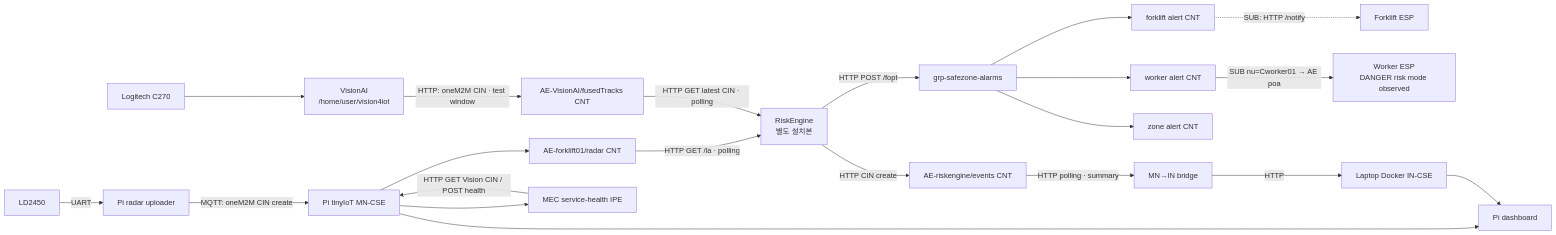
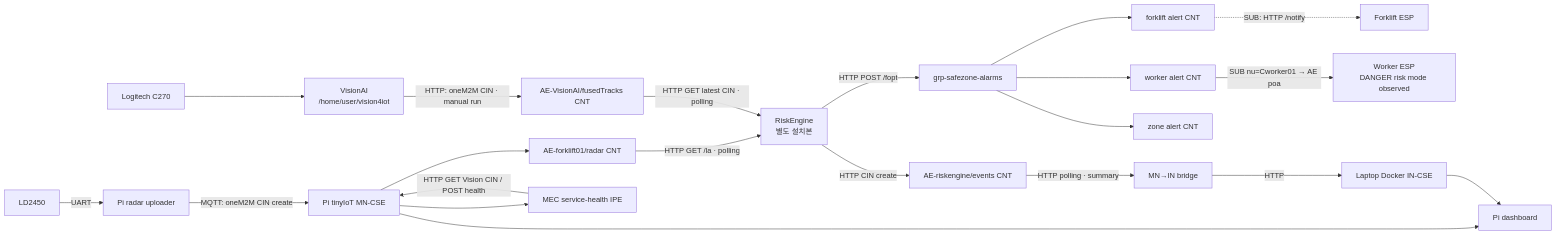
The first of 5 diagrams in docs/architecture.md (extra-7ex/Sejong_4IoT_OneM2M), drawn with Mermaid before and after one commit. The commit also changed other lines of this file and 4 other files, not shown here.

Commit message:
docs: update SafeZone architecture and Hackster draft

````diff
--- a/docs/architecture.md
+++ b/docs/architecture.md
@@ -7,23 +7,23 @@
 ```mermaid
 flowchart LR
   LD["LD2450"] -->|"UART"| UP["Pi radar uploader"]
   UP -->|"MQTT: oneM2M CIN create"| MN["Pi tinyIoT MN-CSE"]
   MN --> RAD["AE-forklift01/radar CNT"]
   RAD -->|"HTTP GET /la · polling"| RE["RiskEngine<br/>별도 설치본"]
   CAM["Logitech C270"] --> VISION["VisionAI<br/>/home/user/vision4iot"]
-  VISION -->|"HTTP: oneM2M CIN · test window"| FUSED["AE-VisionAI/fusedTracks CNT"]
+  VISION -->|"HTTP: oneM2M CIN · manual run"| FUSED["AE-VisionAI/fusedTracks CNT"]
   FUSED -->|"HTTP GET latest CIN · polling"| RE
   RE -->|"HTTP CIN create"| EV["AE-riskengine/events CNT"]
   RE -->|"HTTP POST /fopt"| GRP["grp-safezone-alarms"]
   GRP --> FA["forklift alert CNT"]
   GRP --> WA["worker alert CNT"]
   GRP --> ZA["zone alert CNT"]
   FA -.->|"SUB: HTTP /notify"| E1["Forklift ESP"]
   WA -->|"SUB nu=Cworker01 → AE poa"| E2["Worker ESP<br/>DANGER risk mode observed"]
   EV -->|"HTTP polling · summary"| BR["MN→IN bridge"]
   BR -->|"HTTP"| IN["Laptop Docker IN-CSE"]
   MN --> DASH["Pi dashboard"]
   IN --> DASH
   MN --> IPE["MEC service-health IPE"]
   IPE -->|"HTTP GET Vision CIN / POST health"| MN
 ```
````
